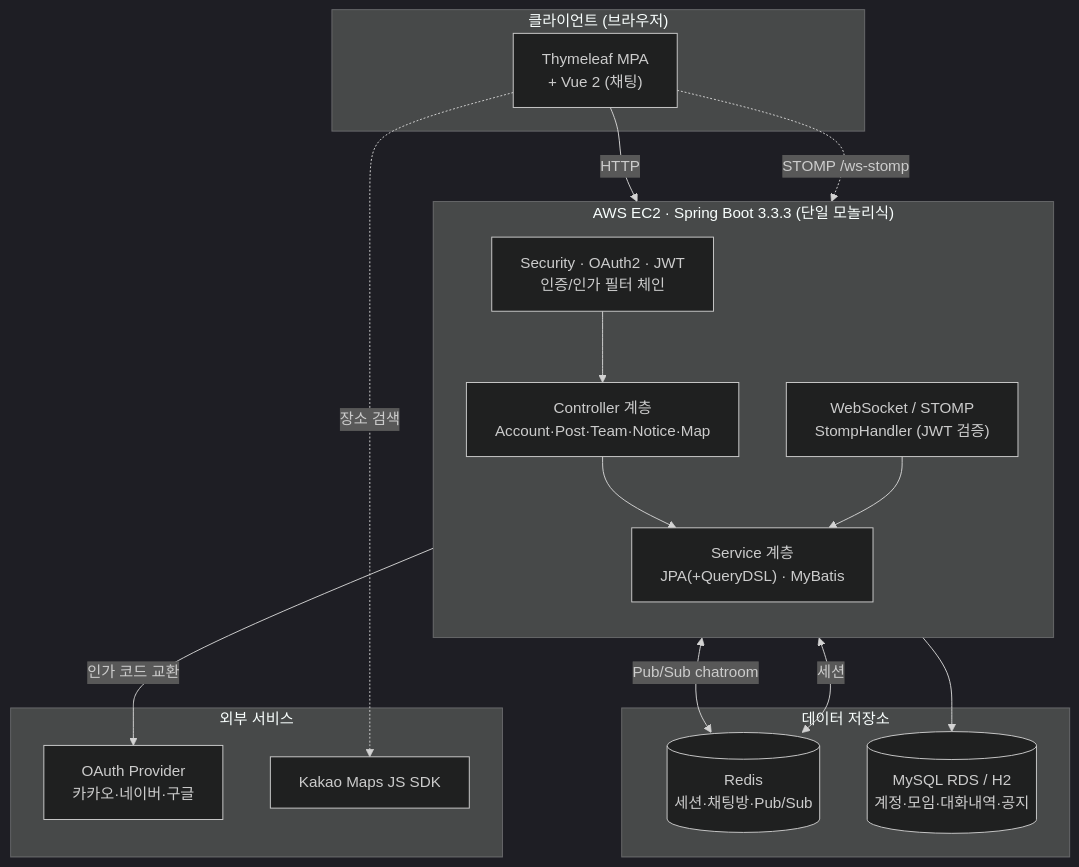
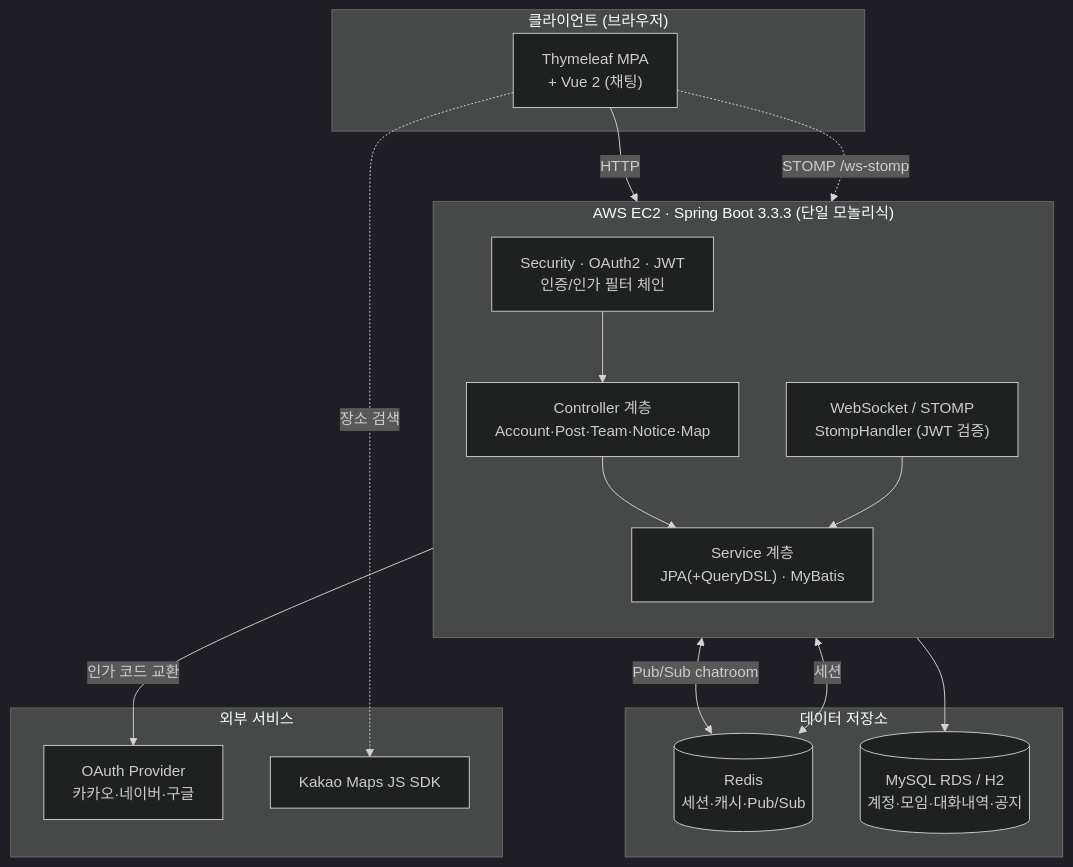
One commit to BonuKoo/Bonapetit changed the diagram in README.md. Above: the diagram before and after it, drawn with Mermaid (dark theme). The commit also changed other lines of this file, not shown here.

````diff
--- a/README.md
+++ b/README.md
@@ -167,35 +167,35 @@
 ```mermaid
 flowchart TB
     subgraph Client["클라이언트 (브라우저)"]
         UI["Thymeleaf MPA<br/>+ Vue 2 (채팅)"]
     end
 
     subgraph EC2["AWS EC2 · Spring Boot 3.3.3 (단일 모놀리식)"]
         direction TB
         SEC["Security · OAuth2 · JWT<br/>인증/인가 필터 체인"]
         WEB["Controller 계층<br/>Account·Post·Team·Notice·Map"]
         WS["WebSocket / STOMP<br/>StompHandler (JWT 검증)"]
         SVC["Service 계층<br/>JPA(+QueryDSL) · MyBatis"]
     end
 
     subgraph Data["데이터 저장소"]
-        REDIS[("Redis<br/>세션·채팅방·Pub/Sub")]
+        REDIS[("Redis<br/>세션·캐시·Pub/Sub")]
         DB[("MySQL RDS / H2<br/>계정·모임·대화내역·공지")]
     end
 
     subgraph Ext["외부 서비스"]
         OAUTH["OAuth Provider<br/>카카오·네이버·구글"]
         MAP["Kakao Maps JS SDK"]
     end
 
     UI -->|HTTP| SEC
     UI -.->|STOMP /ws-stomp| WS
     UI -.->|장소 검색| MAP
     SEC --> WEB
     WEB --> SVC
     WS --> SVC
     SVC --> DB
     WS <-->|Pub/Sub chatroom| REDIS
     SEC <-->|세션| REDIS
     SEC -->|인가 코드 교환| OAUTH
 ```
````
